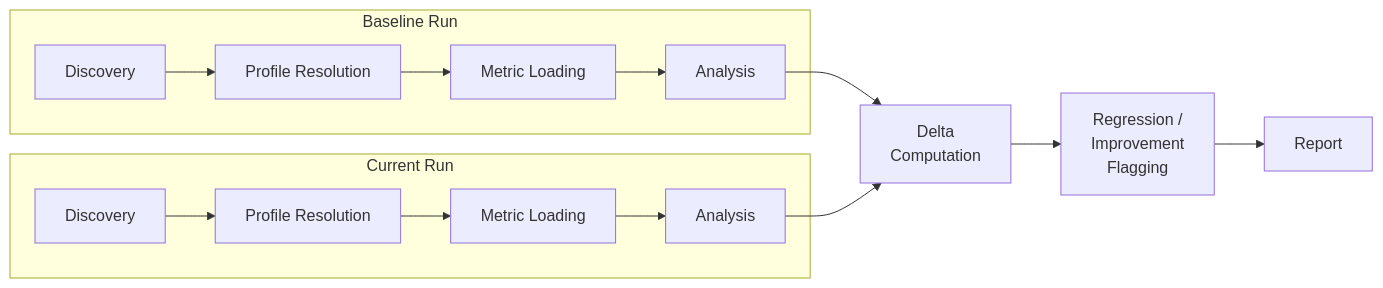
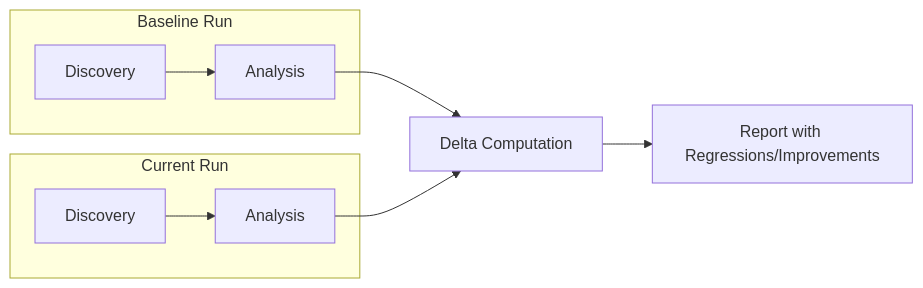
One commit to pradiptapks/crucible-run-analysis changed the fourth of 4 diagrams in docs/architecture.md. Above: the diagram before and after it, drawn with Mermaid. The commit also changed other lines of this file and 2 other files, not shown here.

````diff
--- a/docs/architecture.md
+++ b/docs/architecture.md
@@ -343,14 +361,13 @@
 ```mermaid
 flowchart LR
     subgraph Baseline["Baseline Run"]
-        D1["Discovery"] --> PR1["Profile Resolution"] --> ML1["Metric Loading"] --> A1["Analysis"]
+        D1["Discovery"] --> A1["Analysis"]
     end
     subgraph Current["Current Run"]
-        D2["Discovery"] --> PR2["Profile Resolution"] --> ML2["Metric Loading"] --> A2["Analysis"]
+        D2["Discovery"] --> A2["Analysis"]
     end
 
-    A1 --> Compare["Delta\nComputation"]
+    A1 --> Compare["Delta Computation"]
     A2 --> Compare
-    Compare --> Flags["Regression /\nImprovement\nFlagging"]
-    Flags --> Output["Report"]
+    Compare --> Output["Report with Regressions/Improvements"]
 ```
````
